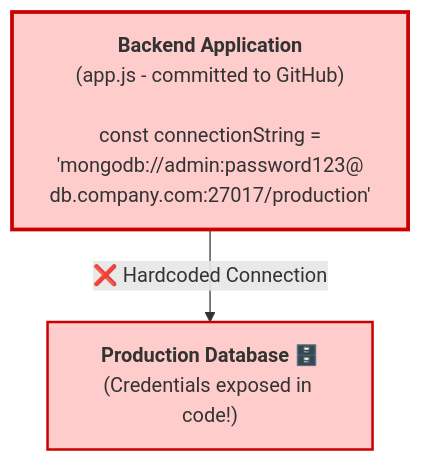
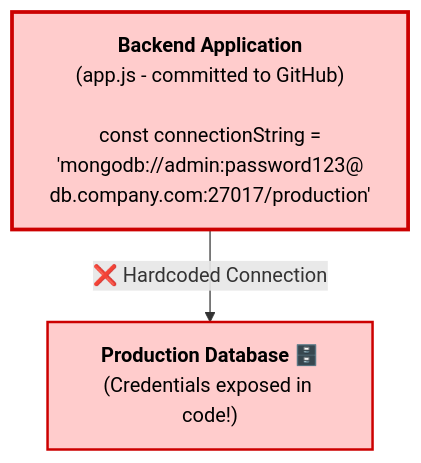
One commit to VIVES-Zuid/IntroToLinux changed the first of 3 diagrams in 03-History-Variables/02-environment-variables.md. Above: the diagram before and after it, drawn with Mermaid. The commit also changed other lines of this file and 2 other files, not shown here.

````diff
--- a/03-History-Variables/02-environment-variables.md
+++ b/03-History-Variables/02-environment-variables.md
@@ -115,12 +115,10 @@
 ```mermaid
 graph TD
     A["<b>Backend Application</b><br/>(app.js - committed to GitHub)<br/><br/>const connectionString =<br/>'mongodb://admin:password123@<br/>db.company.com:27017/production'"]
     B["<b>Production Database 🗄️</b><br/>(Credentials exposed in code!)"]
     
     A -->|"❌ Hardcoded Connection"| B
     
-    style A fill:#ffcccc,stroke:#cc0000,stroke-width:3px
-    style B fill:#ffcccc,stroke:#cc0000,stroke-width:2px
-    
-    classDef problemBox fill:#ffcccc,stroke:#cc0000,stroke-width:2px
+    style A fill:#ffcccc,stroke:#cc0000,stroke-width:3px,color:#000
+    style B fill:#ffcccc,stroke:#cc0000,stroke-width:2px,color:#000
 ```
````
